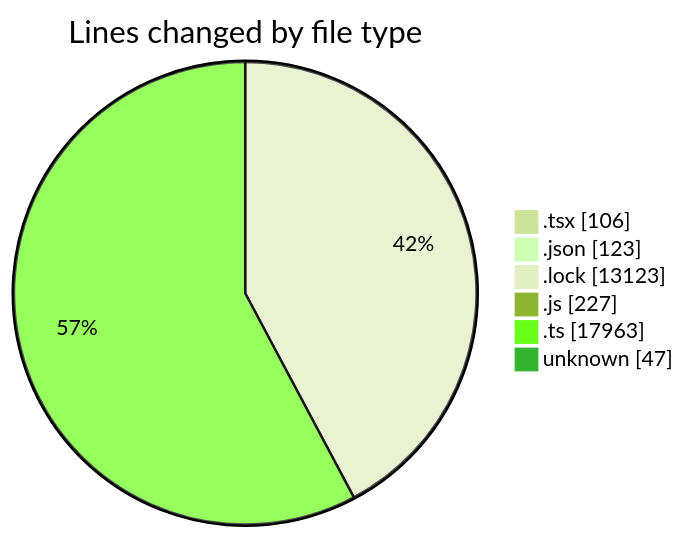
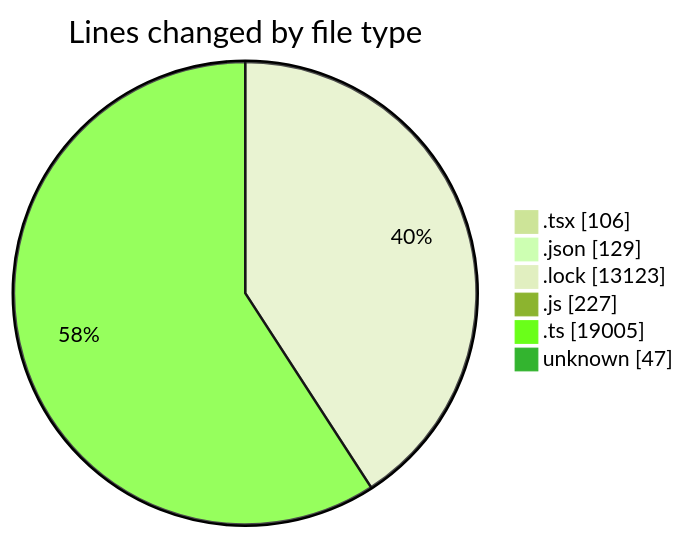
One commit to momahboobian/code-tracking changed the first of 2 diagrams in 2025-09-03/cda/README.md. Above: the diagram before and after it, drawn with Mermaid (forest theme). The commit also changed other lines of this file and 1 other file, not shown here.

````diff
--- a/2025-09-03/cda/README.md
+++ b/2025-09-03/cda/README.md
@@ -37,10 +38,10 @@
 ```mermaid
 pie showData
 title Lines changed by file type
 ".tsx" : 106
-".json" : 123
+".json" : 129
 ".lock" : 13123
 ".js" : 227
-".ts" : 17963
+".ts" : 19005
 "unknown" : 47
 ```
````
